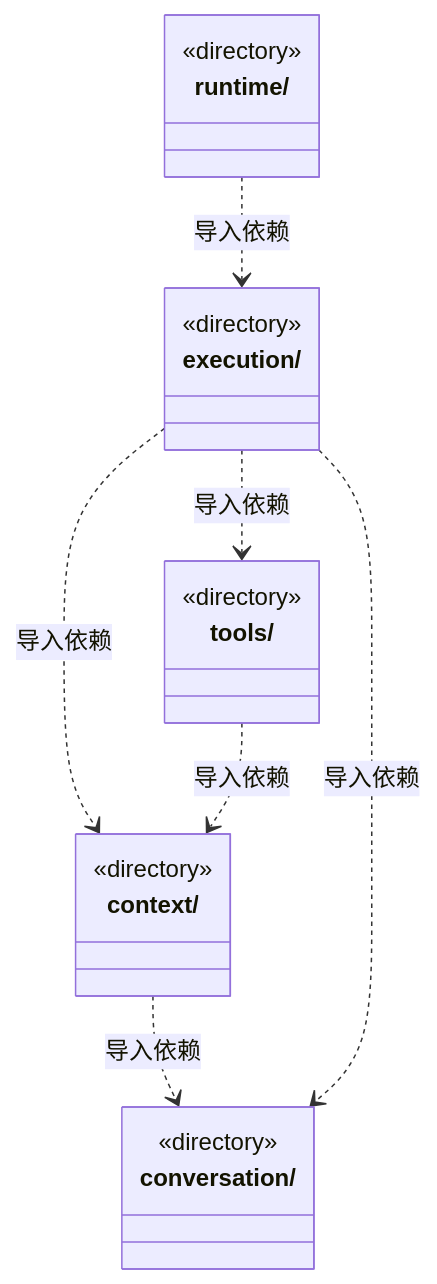
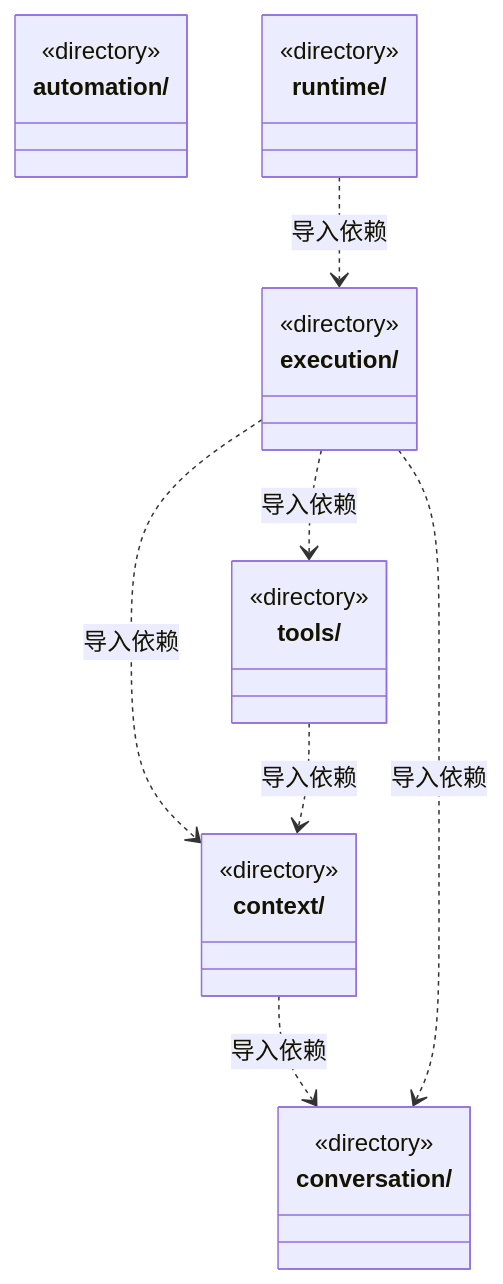
One commit to nan023062/cbim changed the diagram in src/backend/scheduler-engine/ARCHITECTURE.md. Above: the diagram before and after it, drawn with Mermaid. The commit also changed other lines of this file and 47 other files, not shown here.

````diff
--- a/src/backend/scheduler-engine/ARCHITECTURE.md
+++ b/src/backend/scheduler-engine/ARCHITECTURE.md
@@ -15,24 +15,27 @@
 ```mermaid
 classDiagram
+class N_src_backend_scheduler_engine_automation["automation/"] {
+  <<directory>>
+}
 class N_src_backend_scheduler_engine_context["context/"] {
   <<directory>>
 }
 class N_src_backend_scheduler_engine_conversation["conversation/"] {
   <<directory>>
 }
 class N_src_backend_scheduler_engine_execution["execution/"] {
   <<directory>>
 }
 class N_src_backend_scheduler_engine_runtime["runtime/"] {
   <<directory>>
 }
 class N_src_backend_scheduler_engine_tools["tools/"] {
   <<directory>>
 }
 N_src_backend_scheduler_engine_context ..> N_src_backend_scheduler_engine_conversation : 导入依赖
 N_src_backend_scheduler_engine_execution ..> N_src_backend_scheduler_engine_tools : 导入依赖
 N_src_backend_scheduler_engine_execution ..> N_src_backend_scheduler_engine_context : 导入依赖
 N_src_backend_scheduler_engine_execution ..> N_src_backend_scheduler_engine_conversation : 导入依赖
 N_src_backend_scheduler_engine_runtime ..> N_src_backend_scheduler_engine_execution : 导入依赖
 N_src_backend_scheduler_engine_tools ..> N_src_backend_scheduler_engine_context : 导入依赖
 ```
````
